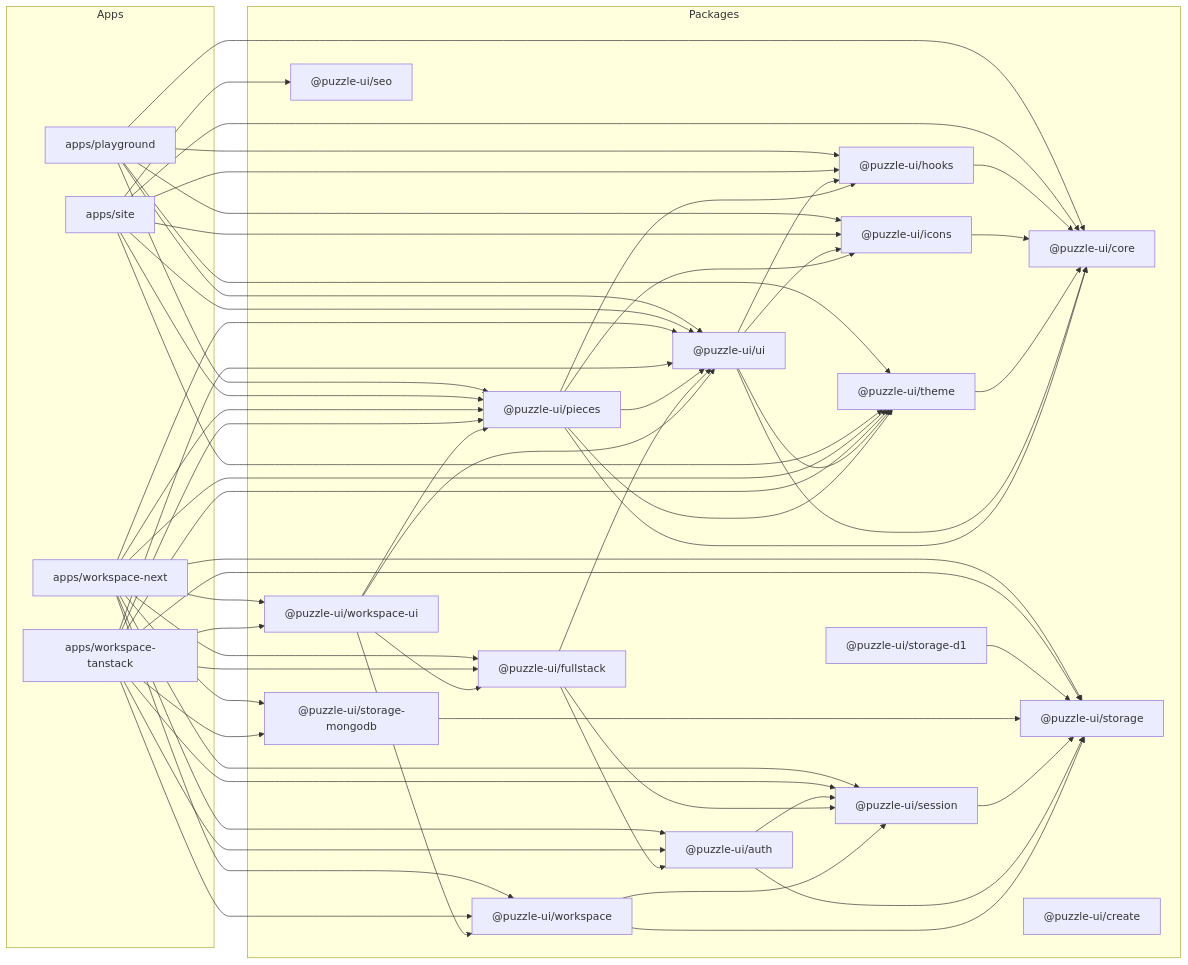
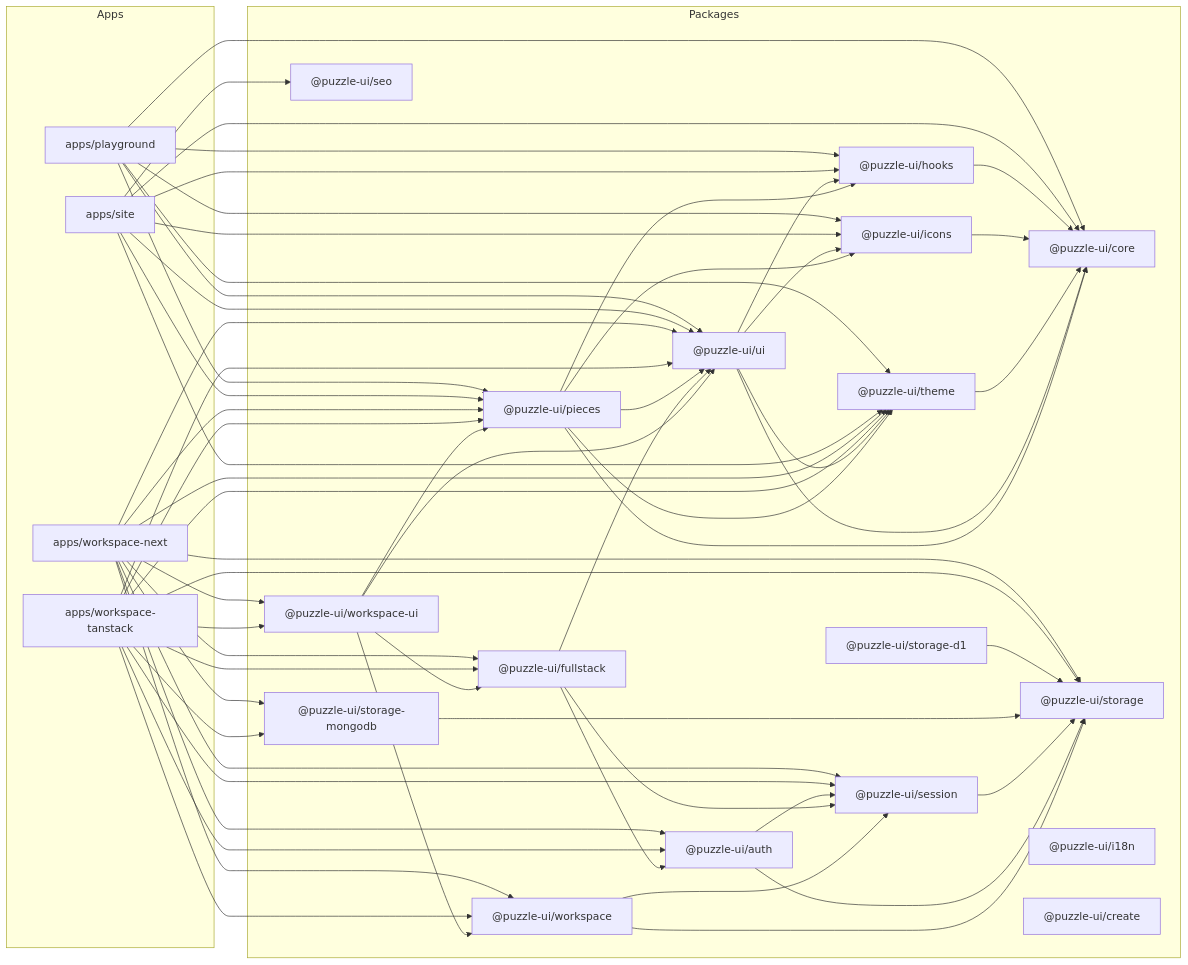
The diagram in docs/ai/architecture/overview.md (senorprogramador/puzzle), drawn with Mermaid before and after one commit. The commit also changed other lines of this file and 144 other files, not shown here.

```diff
--- a/docs/ai/architecture/overview.md
+++ b/docs/ai/architecture/overview.md
@@ -48,6 +48,7 @@
     auth["@puzzle-ui/auth"]
     fullstack["@puzzle-ui/fullstack"]
     seo["@puzzle-ui/seo"]
+    i18n["@puzzle-ui/i18n"]
     create["@puzzle-ui/create"]
     workspace["@puzzle-ui/workspace"]
     workspaceui["@puzzle-ui/workspace-ui"]
```
